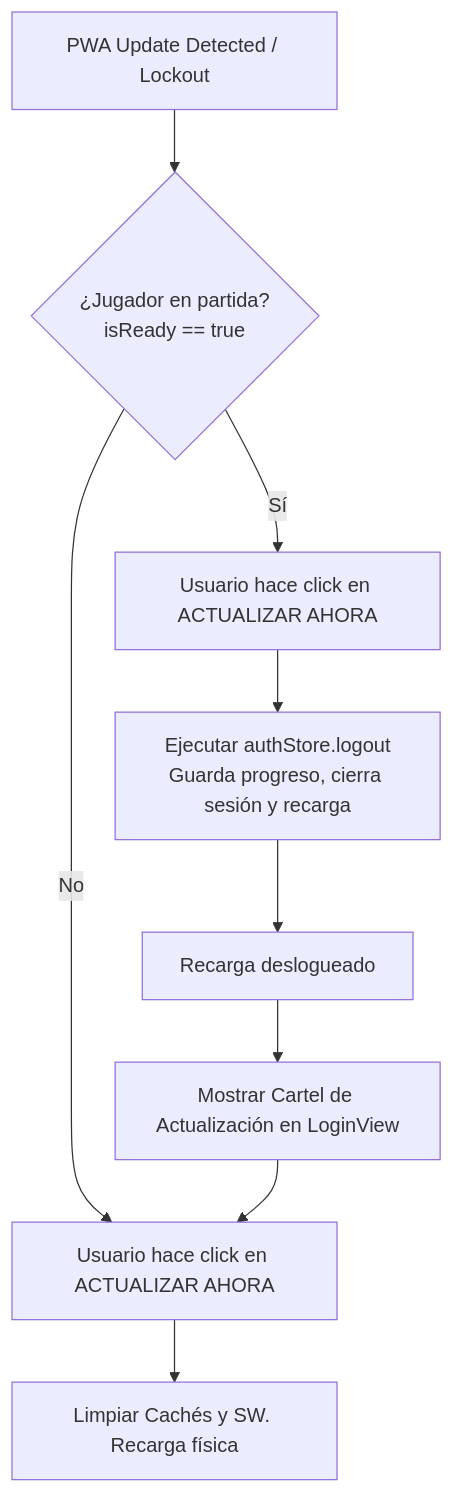
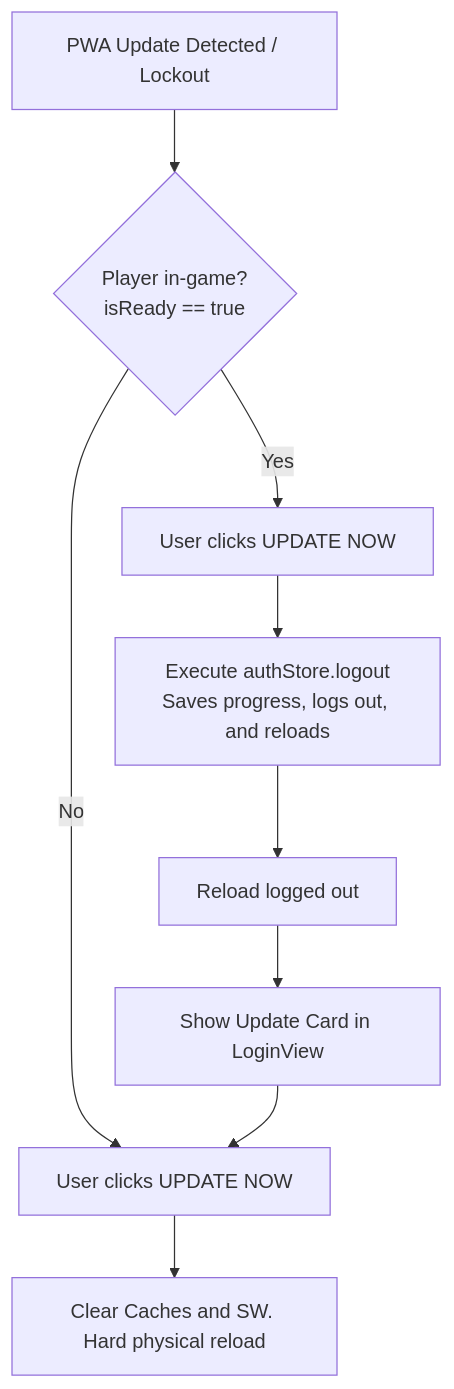
Before and after one commit to Darkham77/PokeBorrador: the first of 2 diagrams in .agents/skills/project-standards/references/technical/save_system_manual.md, drawn with Mermaid. The commit also changed other lines of this file and 79 other files, not shown here.

````diff
--- a/.agents/skills/project-standards/references/technical/save_system_manual.md
+++ b/.agents/skills/project-standards/references/technical/save_system_manual.md
@@ -118,11 +118,11 @@
 ```mermaid
 flowchart TD
-    Start[PWA Update Detected / Lockout] --> ActiveSession{¿Jugador en partida?<br>isReady == true}
-    ActiveSession -- Sí --> ClickUpdateActive[Usuario hace click en ACTUALIZAR AHORA]
-    ClickUpdateActive --> SafeLogout[Ejecutar authStore.logout<br>Guarda progreso, cierra sesión y recarga]
-    ActiveSession -- No --> ClickUpdateBlocked[Usuario hace click en ACTUALIZAR AHORA]
-    ClickUpdateBlocked --> CleanReload[Limpiar Cachés y SW. Recarga física]
-    SafeLogout --> ReloadPage[Recarga deslogueado]
-    ReloadPage --> ShowBlockedCard[Mostrar Cartel de Actualización en LoginView]
+    Start[PWA Update Detected / Lockout] --> ActiveSession{Player in-game?<br>isReady == true}
+    ActiveSession -- Yes --> ClickUpdateActive[User clicks UPDATE NOW]
+    ClickUpdateActive --> SafeLogout[Execute authStore.logout<br>Saves progress, logs out, and reloads]
+    ActiveSession -- No --> ClickUpdateBlocked[User clicks UPDATE NOW]
+    ClickUpdateBlocked --> CleanReload[Clear Caches and SW. Hard physical reload]
+    SafeLogout --> ReloadPage[Reload logged out]
+    ReloadPage --> ShowBlockedCard[Show Update Card in LoginView]
     ShowBlockedCard --> ClickUpdateBlocked
 ```
````
